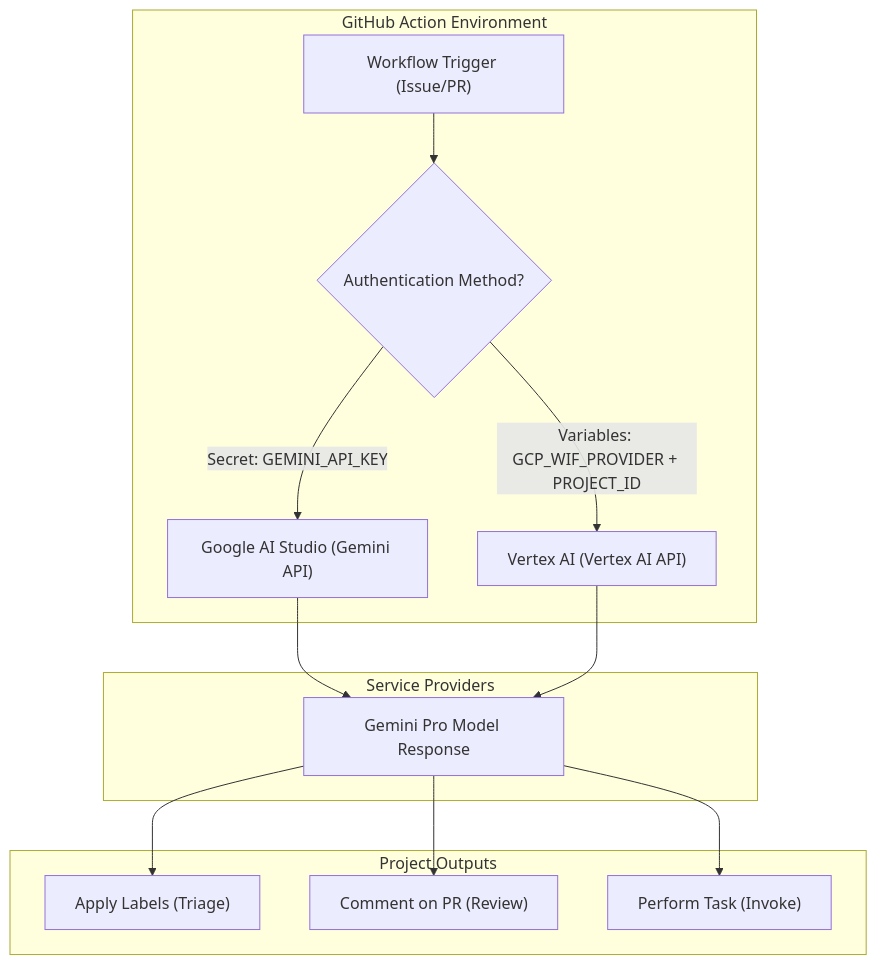
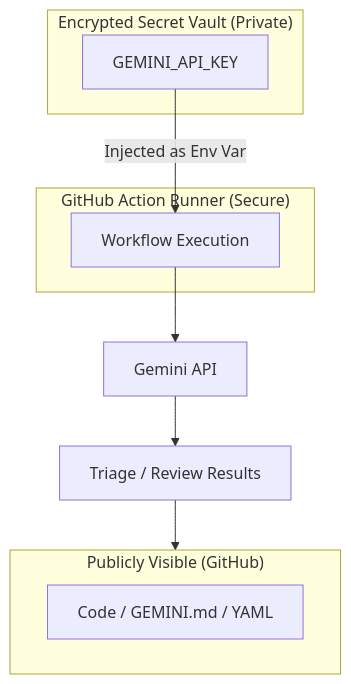
Before and after one commit to rnparker/Gemini-Sandbox: the diagram in diagrams/auth_flow.mmd, drawn with Mermaid. The commit also changed 2 other files, not shown here.

```diff
--- a/diagrams/auth_flow.mmd
+++ b/diagrams/auth_flow.mmd
@@ -1,17 +1,17 @@
 graph TD
-    subgraph GitHub_Action ["GitHub Action Environment"]
-        A["Workflow Trigger (Issue/PR)"] --> B{"Authentication Method?"}
-        B -- "Secret: GEMINI_API_KEY" --> C["Google AI Studio (Gemini API)"]
-        B -- "Variables: GCP_WIF_PROVIDER + PROJECT_ID" --> D["Vertex AI (Vertex AI API)"]
+    subgraph Public_View ["Publicly Visible (GitHub)"]
+        A["Code / GEMINI.md / YAML"]
     end
 
-    subgraph Service_Providers ["Service Providers"]
-        C --> E["Gemini Pro Model Response"]
-        D --> E
+    subgraph Github_Vault ["Encrypted Secret Vault (Private)"]
+        B["GEMINI_API_KEY"]
     end
 
-    subgraph Project_Outputs ["Project Outputs"]
-        E --> F["Apply Labels (Triage)"]
-        E --> G["Comment on PR (Review)"]
-        E --> H["Perform Task (Invoke)"]
+    subgraph Action_Runner ["GitHub Action Runner (Secure)"]
+        C["Workflow Execution"]
+        B -- "Injected as Env Var" --> C
     end
+
+    C --> D["Gemini API"]
+    D --> E["Triage / Review Results"]
+    E --> Public_View
```
